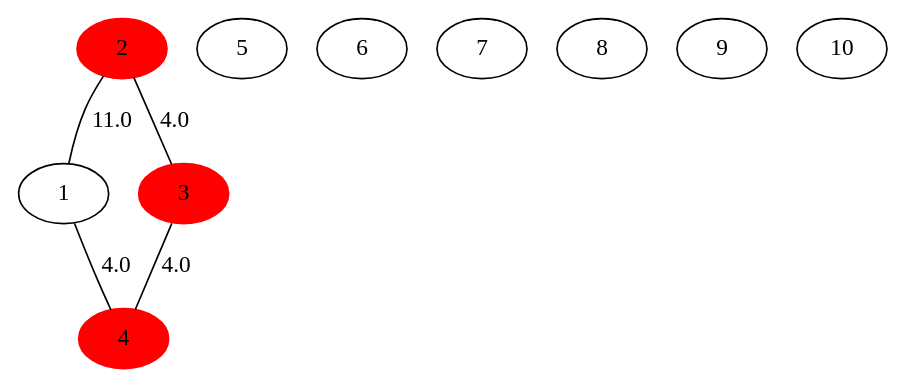
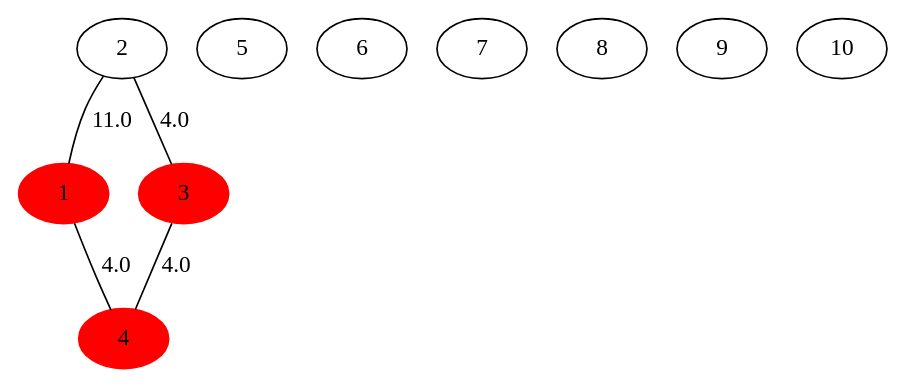
The diagram in network.02.in.gv (Wiam-LACHQER/projet-de-programmation-ENSAE-1A-), drawn with Graphviz before and after one commit. The commit also changed 10 other files, not shown here.

```diff
--- a/network.02.in.gv
+++ b/network.02.in.gv
@@ -1,16 +1,16 @@
 graph "network.02.in" {
-	2 [color=red style=filled]
+	2
 	2 -- 1 [label=11.0]
 	2 -- 3 [label=4.0]
-	1
+	1 [color=red style=filled]
 	1 -- 4 [label=4.0]
 	3 [color=red style=filled]
 	3 -- 4 [label=4.0]
 	4 [color=red style=filled]
 	5
 	6
 	7
 	8
 	9
 	10
 }
```
